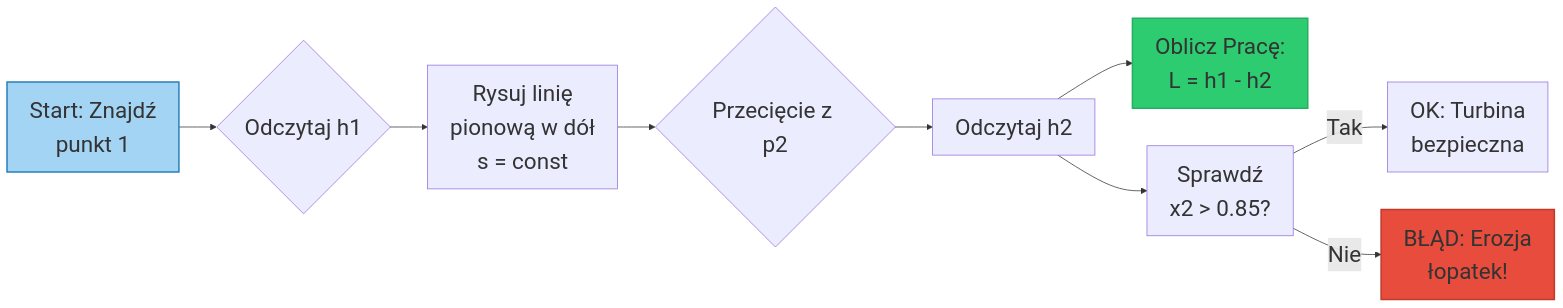
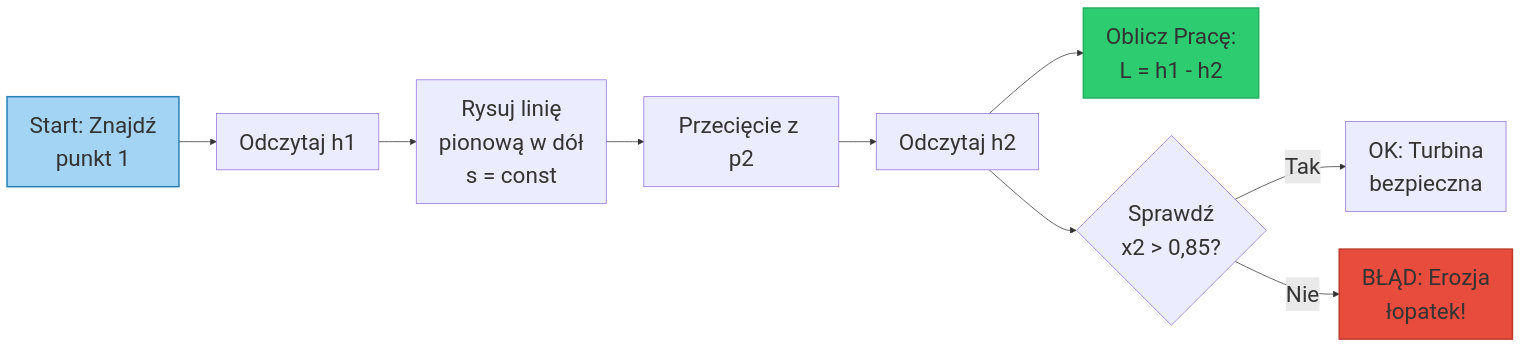
One commit to moondec/Termodynamika changed the diagram in Wyklady/05_Wlasciwosci_Substancji_II.qmd. Above: the diagram before and after it, drawn with Mermaid. The commit also changed other lines of this file and 80 other files, not shown here.

````diff
--- a/Wyklady/05_Wlasciwosci_Substancji_II.qmd
+++ b/Wyklady/05_Wlasciwosci_Substancji_II.qmd
@@ -672,16 +679,16 @@
 ```{mermaid}
 %%{init: {'theme': 'default', 'themeVariables': { 'fontSize': '30px', 'fontFamily': 'Lato'}}}%%
 flowchart LR
-    A[Start: Znajdź <br>punkt 1] --> B{Odczytaj h1}
+    A[Start: Znajdź <br>punkt 1] --> B[Odczytaj h1]
     B --> C[Rysuj linię <br>pionową w dół<br>s = const]
-    C --> D{Przecięcie z p2}
+    C --> D[Przecięcie z p2]
     D --> E[Odczytaj h2]
     E --> F[Oblicz Pracę: <br>L = h1 - h2]
-    E --> G[Sprawdź <br>x2 > 0.85?]
+    E --> G{"Sprawdź <br>x2 > 0,85?"}
     G -- Tak --> H[OK: Turbina <br>bezpieczna]
     G -- Nie --> I[BŁĄD: Erozja <br>łopatek!]
 
     style A fill:#a4d4f4ff,stroke:#2980b9,stroke-width:2px
     style F fill:#2ecc71,stroke:#27ae60,stroke-width:2px
     style I fill:#e74c3c,stroke:#c0392b,stroke-width:2px
 ```
````
